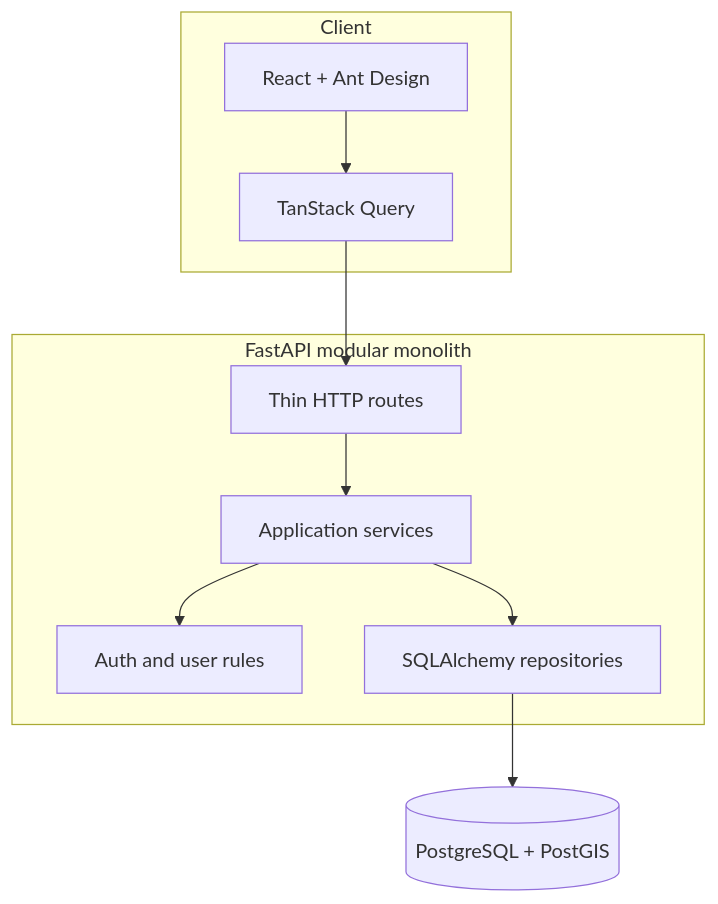
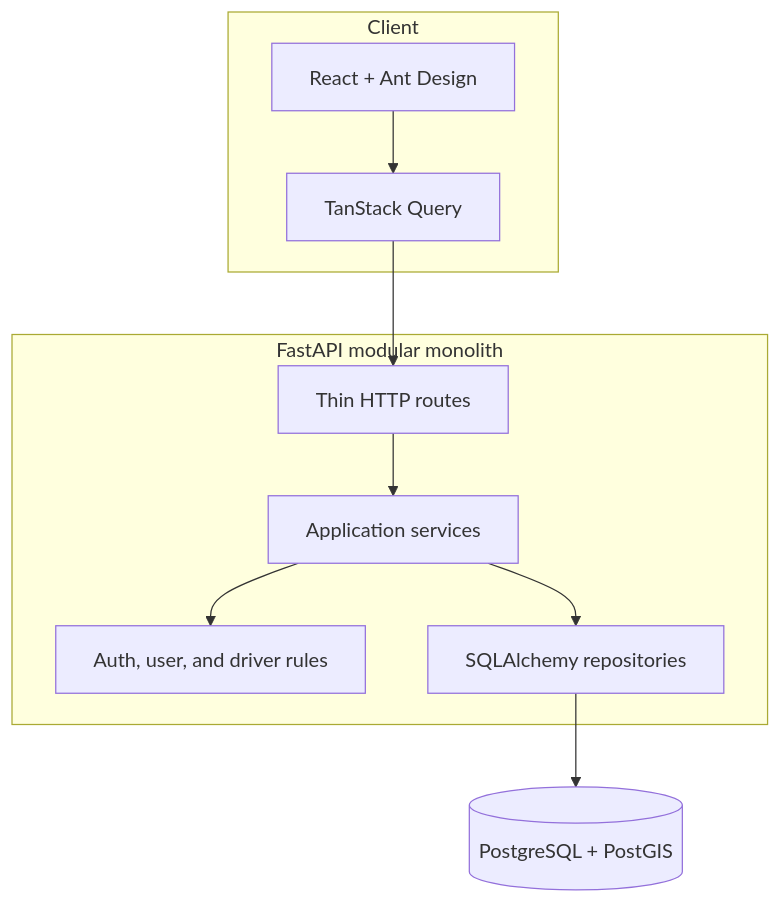
Before and after one commit to Singatha/ride-flow: the first of 3 diagrams in docs/architecture.md, drawn with Mermaid. The commit also changed other lines of this file and 29 other files, not shown here.

````diff
--- a/docs/architecture.md
+++ b/docs/architecture.md
@@ -7,18 +7,18 @@
 ```mermaid
 flowchart TB
     subgraph Client
         UI[React + Ant Design]
         Query[TanStack Query]
         UI --> Query
     end
     subgraph Backend[FastAPI modular monolith]
         Routes[Thin HTTP routes]
         Services[Application services]
-        Domains[Auth and user rules]
+        Domains[Auth, user, and driver rules]
         Persistence[SQLAlchemy repositories]
         Routes --> Services --> Domains
         Services --> Persistence
     end
     Query --> Routes
     Persistence --> PG[(PostgreSQL + PostGIS)]
 ```
````
